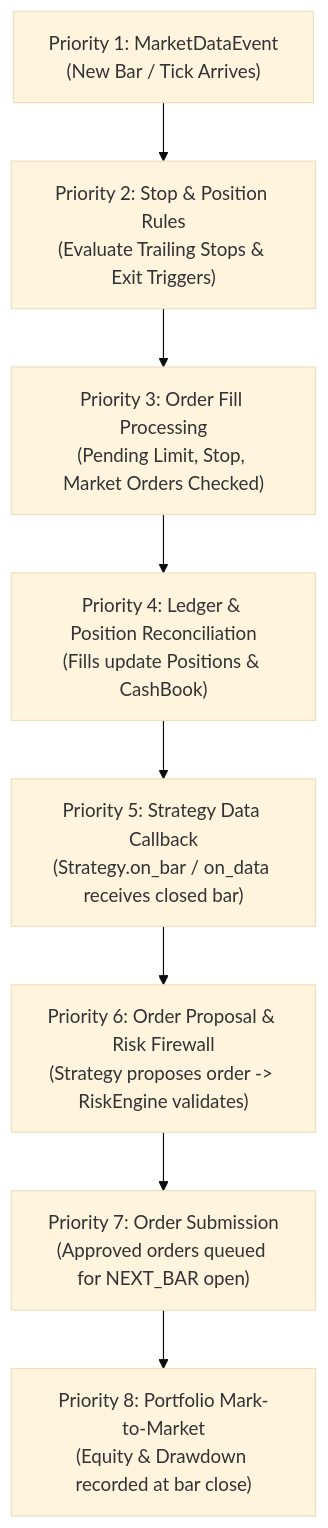
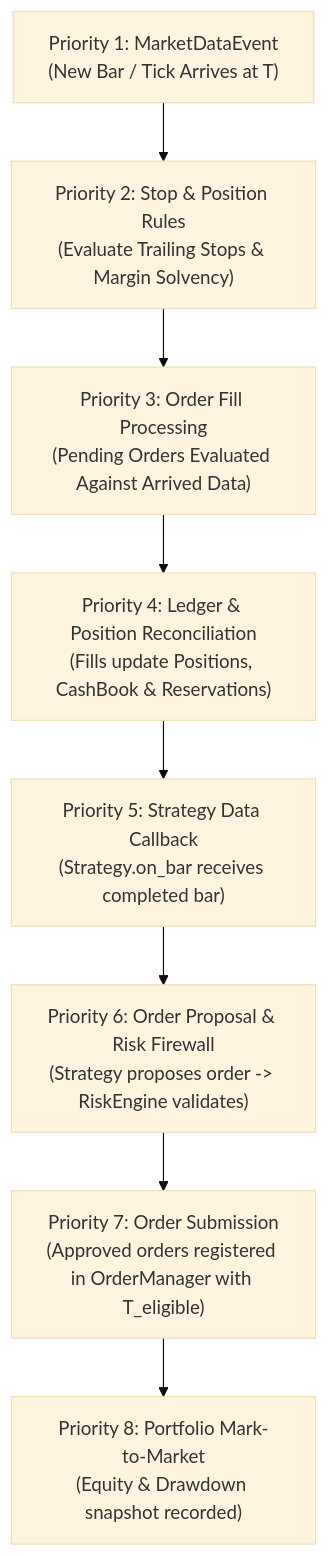
Before and after one commit to Yokaham/hybrid-ai-trading-agent: the first of 4 diagrams in docs/BACKTEST_ENGINE_ARCHITECTURE.md, drawn with Mermaid (base theme). The commit also changed other lines of this file, not shown here.

Commit message:
docs(milestone-3b): revise backtesting architecture with authoritative event-time and accounting specifications

````diff
--- a/docs/BACKTEST_ENGINE_ARCHITECTURE.md
+++ b/docs/BACKTEST_ENGINE_ARCHITECTURE.md
@@ -113,10 +140,10 @@
 ```mermaid
 flowchart TD
-    E1["Priority 1: MarketDataEvent\n(New Bar / Tick Arrives)"] --> E2["Priority 2: Stop & Position Rules\n(Evaluate Trailing Stops & Exit Triggers)"]
-    E2 --> E3["Priority 3: Order Fill Processing\n(Pending Limit, Stop, Market Orders Checked)"]
-    E3 --> E4["Priority 4: Ledger & Position Reconciliation\n(Fills update Positions & CashBook)"]
-    E4 --> E5["Priority 5: Strategy Data Callback\n(Strategy.on_bar / on_data receives closed bar)"]
+    E1["Priority 1: MarketDataEvent\n(New Bar / Tick Arrives at T)"] --> E2["Priority 2: Stop & Position Rules\n(Evaluate Trailing Stops & Margin Solvency)"]
+    E2 --> E3["Priority 3: Order Fill Processing\n(Pending Orders Evaluated Against Arrived Data)"]
+    E3 --> E4["Priority 4: Ledger & Position Reconciliation\n(Fills update Positions, CashBook & Reservations)"]
+    E4 --> E5["Priority 5: Strategy Data Callback\n(Strategy.on_bar receives completed bar)"]
     E5 --> E6["Priority 6: Order Proposal & Risk Firewall\n(Strategy proposes order -> RiskEngine validates)"]
-    E6 --> E7["Priority 7: Order Submission\n(Approved orders queued for NEXT_BAR open)"]
-    E7 --> E8["Priority 8: Portfolio Mark-to-Market\n(Equity & Drawdown recorded at bar close)"]
+    E6 --> E7["Priority 7: Order Submission\n(Approved orders registered in OrderManager with T_eligible)"]
+    E7 --> E8["Priority 8: Portfolio Mark-to-Market\n(Equity & Drawdown snapshot recorded)"]
 ```
````
